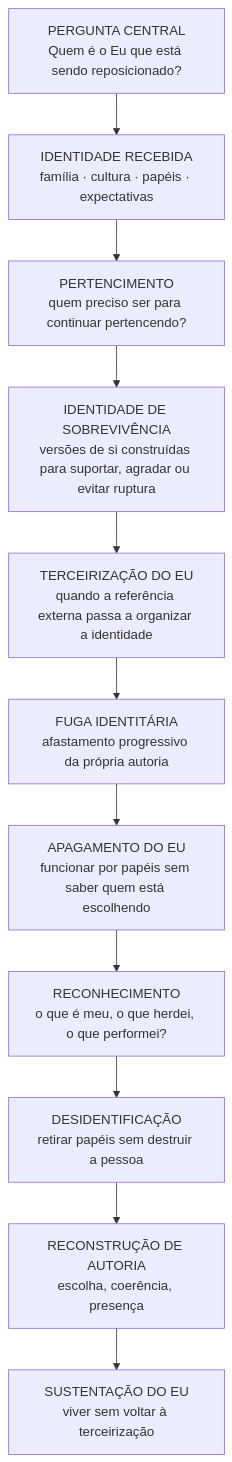
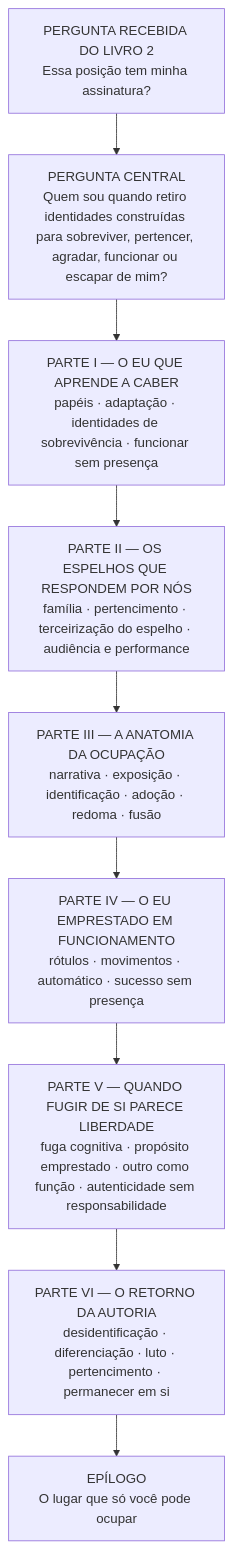
The first of 4 diagrams in 03_ANATOMIA_DO_DESAPARECIMENTO_DO_EU/MAPA_VISUAL.md (Sollimastudio/trilogia-sol-lima), drawn with Mermaid before and after one commit. The commit also changed other lines of this file, not shown here.

Commit message:
livro3: atualiza mapa visual para arquitetura consolidada

````diff
--- a/03_ANATOMIA_DO_DESAPARECIMENTO_DO_EU/MAPA_VISUAL.md
+++ b/03_ANATOMIA_DO_DESAPARECIMENTO_DO_EU/MAPA_VISUAL.md
@@ -5,14 +6,13 @@
 ```mermaid
 flowchart TD
-    A[PERGUNTA CENTRAL\nQuem é o Eu que está sendo reposicionado?]
-    A --> B[IDENTIDADE RECEBIDA\nfamília · cultura · papéis · expectativas]
-    B --> C[PERTENCIMENTO\nquem preciso ser para continuar pertencendo?]
-    C --> D[IDENTIDADE DE SOBREVIVÊNCIA\nversões de si construídas para suportar, agradar ou evitar ruptura]
-    D --> E[TERCEIRIZAÇÃO DO EU\nquando a referência externa passa a organizar a identidade]
-    E --> F[FUGA IDENTITÁRIA\nafastamento progressivo da própria autoria]
-    F --> G[APAGAMENTO DO EU\nfuncionar por papéis sem saber quem está escolhendo]
-    G --> H[RECONHECIMENTO\no que é meu, o que herdei, o que performei?]
-    H --> I[DESIDENTIFICAÇÃO\nretirar papéis sem destruir a pessoa]
-    I --> J[RECONSTRUÇÃO DE AUTORIA\nescolha, coerência, presença]
-    J --> K[SUSTENTAÇÃO DO EU\nviver sem voltar à terceirização]
+    A[PERGUNTA RECEBIDA DO LIVRO 2\nEssa posição tem minha assinatura?]
+    A --> B[PERGUNTA CENTRAL\nQuem sou quando retiro identidades construídas para sobreviver, pertencer, agradar, funcionar ou escapar de mim?]
+
+    B --> P1[PARTE I — O EU QUE APRENDE A CABER\npapéis · adaptação · identidades de sobrevivência · funcionar sem presença]
+    P1 --> P2[PARTE II — OS ESPELHOS QUE RESPONDEM POR NÓS\nfamília · pertencimento · terceirização do espelho · audiência e performance]
+    P2 --> P3[PARTE III — A ANATOMIA DA OCUPAÇÃO\nnarrativa · exposição · identificação · adoção · redoma · fusão]
+    P3 --> P4[PARTE IV — O EU EMPRESTADO EM FUNCIONAMENTO\nrótulos · movimentos · automático · sucesso sem presença]
+    P4 --> P5[PARTE V — QUANDO FUGIR DE SI PARECE LIBERDADE\nfuga cognitiva · propósito emprestado · outro como função · autenticidade sem responsabilidade]
+    P5 --> P6[PARTE VI — O RETORNO DA AUTORIA\ndesidentificação · diferenciação · luto · pertencimento · permanecer em si]
+    P6 --> E[EPÍLOGO\nO lugar que só você pode ocupar]
 ```
````
